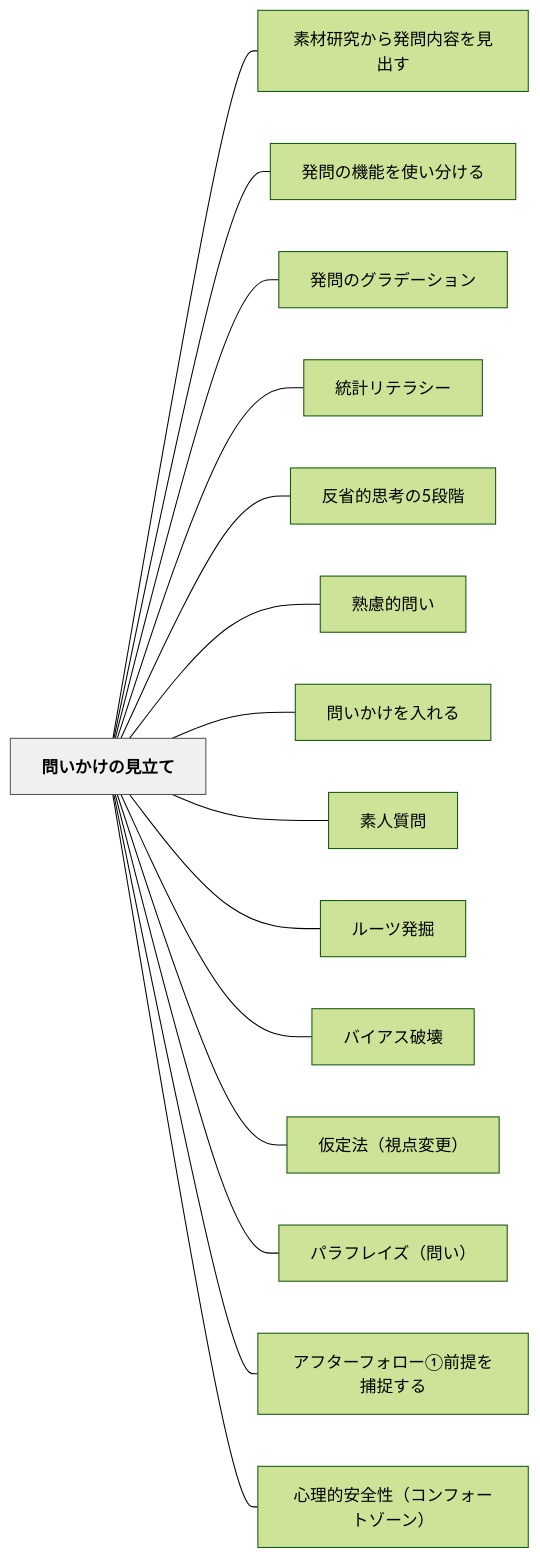
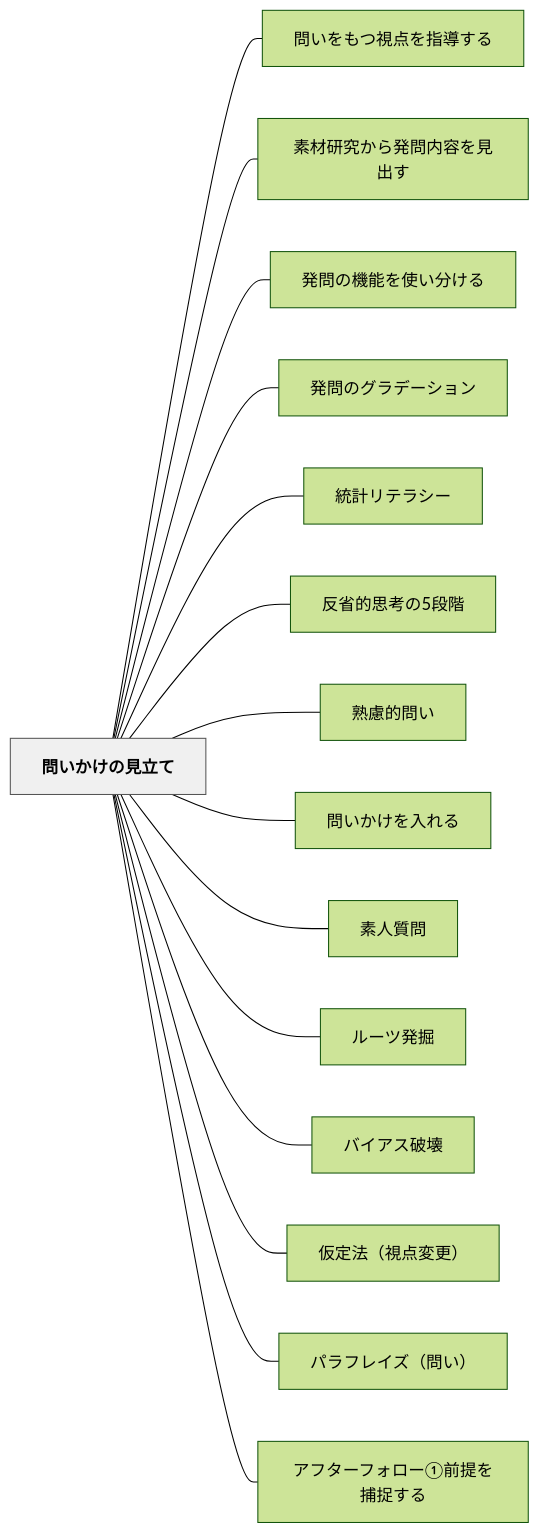
The diagram in content/パタン/問いかけの見立て.md (unknownthings-ed-patterns/unknownthings-ed-patterns), drawn with Mermaid (forest theme) before and after one commit. The commit also changed other lines of this file and 11 other files, not shown here.

````diff
--- a/content/パタン/問いかけの見立て.md
+++ b/content/パタン/問いかけの見立て.md
@@ -116,36 +117,36 @@
 ```mermaid
 flowchart LR
     ne5958fe38184e3818be38191e381aee8a68be7ab8be381a6["問いかけの見立て"]
+    ne5958fe38184e38292e38282e381a4e8a696e782b9e38292e68c87e5b08ee38199e3828b["問いをもつ視点を指導する"]
     ne7b4a0e69d90e7a094e7a9b6e3818be38289e799bae5958fe58685e5aeb9e38292e8a68be587bae38199["素材研究から発問内容を見出す"]
     ne799bae5958fe381aee6a99fe883bde38292e4bdbfe38184e58886e38191e3828b["発問の機能を使い分ける"]
     ne799bae5958fe381aee382b0e383a9e38387e383bce382b7e383a7e383b3["発問のグラデーション"]
     ne7b5b1e8a888e383aae38386e383a9e382b7e383bc["統計リテラシー"]
     ne58f8de79c81e79a84e6809de88083e381ae35e6aeb5e99a8e["反省的思考の5段階"]
     ne7869fe685aee79a84e5958fe38184["熟慮的問い"]
     ne5958fe38184e3818be38191e38292e585a5e3828ce3828b["問いかけを入れる"]
     ne7b4a0e4babae8b3aae5958f["素人質問"]
     ne383abe383bce38384e799bae68e98["ルーツ発掘"]
     ne38390e382a4e382a2e382b9e7a0b4e5a38a["バイアス破壊"]
     ne4bbaee5ae9ae6b395efbc88e8a696e782b9e5a489e69bb4efbc89["仮定法（視点変更）"]
     ne38391e383a9e38395e383ace382a4e382baefbc88e5958fe38184efbc89["パラフレイズ（問い）"]
     ne382a2e38395e382bfe383bce38395e382a9e383ade383bce291a0e5898de68f90e38292e68d95e68d89e38199e3828b["アフターフォロー①前提を捕捉する"]
-    ne5bf83e79086e79a84e5ae89e585a8e680a7efbc88e382b3e383b3e38395e382a9e383bce38388e382bee383bce383b3efbc89["心理的安全性（コンフォートゾーン）"]
 
+    ne5958fe38184e3818be38191e381aee8a68be7ab8be381a6 --- ne5958fe38184e38292e38282e381a4e8a696e782b9e38292e68c87e5b08ee38199e3828b
     ne5958fe38184e3818be38191e381aee8a68be7ab8be381a6 --- ne7b4a0e69d90e7a094e7a9b6e3818be38289e799bae5958fe58685e5aeb9e38292e8a68be587bae38199
     ne5958fe38184e3818be38191e381aee8a68be7ab8be381a6 --- ne799bae5958fe381aee6a99fe883bde38292e4bdbfe38184e58886e38191e3828b
     ne5958fe38184e3818be38191e381aee8a68be7ab8be381a6 --- ne799bae5958fe381aee382b0e383a9e38387e383bce382b7e383a7e383b3
     ne5958fe38184e3818be38191e381aee8a68be7ab8be381a6 --- ne7b5b1e8a888e383aae38386e383a9e382b7e383bc
     ne5958fe38184e3818be38191e381aee8a68be7ab8be381a6 --- ne58f8de79c81e79a84e6809de88083e381ae35e6aeb5e99a8e
     ne5958fe38184e3818be38191e381aee8a68be7ab8be381a6 --- ne7869fe685aee79a84e5958fe38184
     ne5958fe38184e3818be38191e381aee8a68be7ab8be381a6 --- ne5958fe38184e3818be38191e38292e585a5e3828ce3828b
     ne5958fe38184e3818be38191e381aee8a68be7ab8be381a6 --- ne7b4a0e4babae8b3aae5958f
     ne5958fe38184e3818be38191e381aee8a68be7ab8be381a6 --- ne383abe383bce38384e799bae68e98
     ne5958fe38184e3818be38191e381aee8a68be7ab8be381a6 --- ne38390e382a4e382a2e382b9e7a0b4e5a38a
     ne5958fe38184e3818be38191e381aee8a68be7ab8be381a6 --- ne4bbaee5ae9ae6b395efbc88e8a696e782b9e5a489e69bb4efbc89
     ne5958fe38184e3818be38191e381aee8a68be7ab8be381a6 --- ne38391e383a9e38395e383ace382a4e382baefbc88e5958fe38184efbc89
     ne5958fe38184e3818be38191e381aee8a68be7ab8be381a6 --- ne382a2e38395e382bfe383bce38395e382a9e383ade383bce291a0e5898de68f90e38292e68d95e68d89e38199e3828b
-    ne5958fe38184e3818be38191e381aee8a68be7ab8be381a6 --- ne5bf83e79086e79a84e5ae89e585a8e680a7efbc88e382b3e383b3e38395e382a9e383bce38388e382bee383bce383b3efbc89
 
     classDef hub fill:#f0f0f0,stroke:#555,color:#000,font-weight:bold
     class ne5958fe38184e3818be38191e381aee8a68be7ab8be381a6 hub
 ```
````
